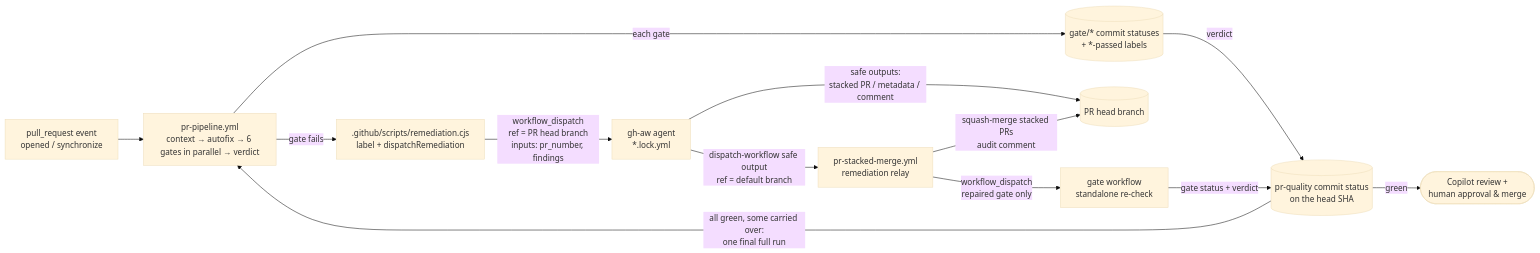
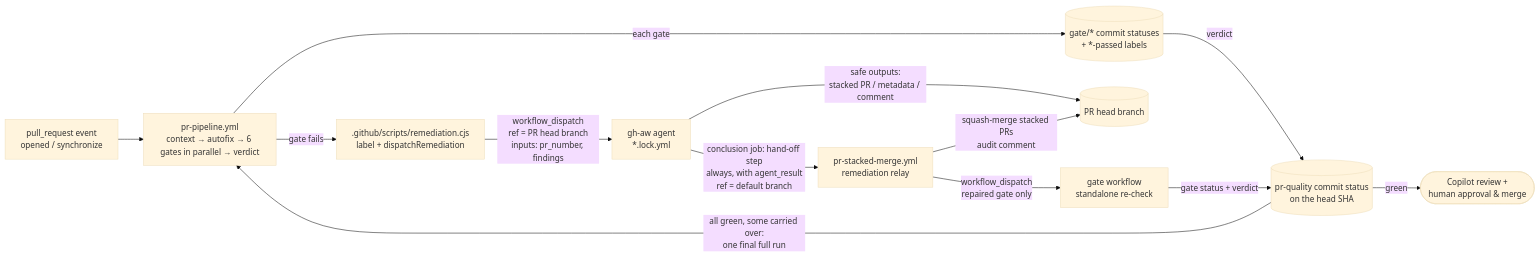
One commit to SitoaderOrg/ForgeFlow changed the diagram in docs/remediation-chaining.md. Above: the diagram before and after it, drawn with Mermaid (base theme). The commit also changed other lines of this file and 21 other files, not shown here.

First line of the commit message:
fix(ci): hand off every agent run to the relay deterministically

````diff
--- a/docs/remediation-chaining.md
+++ b/docs/remediation-chaining.md
@@ -20,15 +20,15 @@
 ```mermaid
 flowchart LR
     PR[pull_request event\nopened / synchronize] --> Pipeline[pr-pipeline.yml\ncontext → autofix → 6 gates in parallel → verdict]
     Pipeline -->|gate fails| Helper[.github/scripts/remediation.cjs\nlabel + dispatchRemediation]
     Pipeline -->|each gate| Gates[(gate/* commit statuses\n+ *-passed labels)]
     Gates -->|verdict| Status[(pr-quality commit status\non the head SHA)]
     Helper -->|workflow_dispatch\nref = PR head branch\ninputs: pr_number, findings| Agent[gh-aw agent\n*.lock.yml]
     Agent -->|safe outputs:\nstacked PR / metadata / comment| Branch[(PR head branch)]
-    Agent -->|dispatch-workflow safe output\nref = default branch| Relay[pr-stacked-merge.yml\nremediation relay]
+    Agent -->|conclusion job: hand-off step\nalways, with agent_result\nref = default branch| Relay[pr-stacked-merge.yml\nremediation relay]
     Relay -->|squash-merge stacked PRs\naudit comment| Branch
     Relay -->|workflow_dispatch\nrepaired gate only| Gate[gate workflow\nstandalone re-check]
     Gate -->|gate status + verdict| Status
     Status -->|all green, some carried over:\none final full run| Pipeline
     Status -->|green| Review([Copilot review +\nhuman approval & merge])
 ```
````
